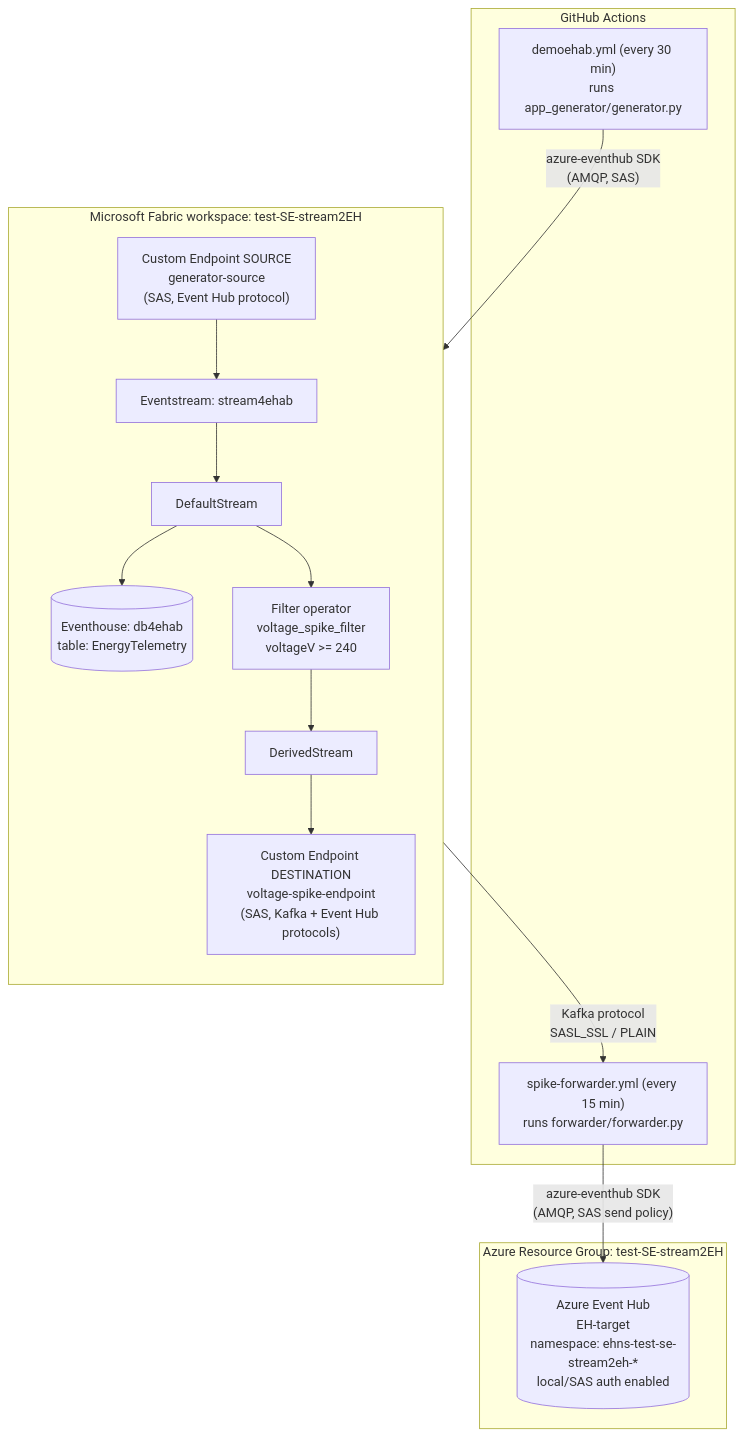
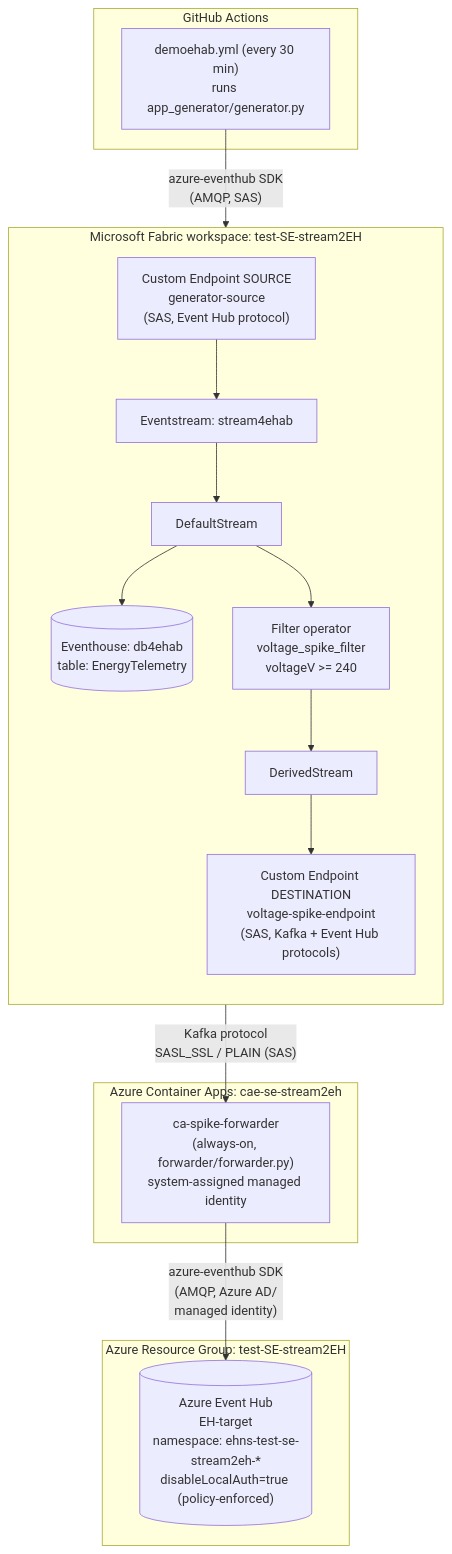
Before and after one commit to stpapaix/test-SE-stream2EH: the diagram in README.md, drawn with Mermaid. The commit also changed other lines of this file, not shown here.

Commit message:
Update README: document Container Apps forwarder with managed identity auth, remove GitHub Actions forwarder description

````diff
--- a/README.md
+++ b/README.md
@@ -16,30 +17,33 @@
 ```mermaid
 flowchart TB
     subgraph GH["GitHub Actions"]
         GEN["demoehab.yml (every 30 min)<br/>runs app_generator/generator.py"]
-        FWD["spike-forwarder.yml (every 15 min)<br/>runs forwarder/forwarder.py"]
     end
 
     subgraph FAB["Microsoft Fabric workspace: test-SE-stream2EH"]
         direction TB
         SRC["Custom Endpoint SOURCE<br/>generator-source<br/>(SAS, Event Hub protocol)"]
         ES["Eventstream: stream4ehab"]
         STREAM["DefaultStream"]
         FILTER["Filter operator<br/>voltage_spike_filter<br/>voltageV &gt;= 240"]
         DSTREAM["DerivedStream"]
         EH_HOUSE[("Eventhouse: db4ehab<br/>table: EnergyTelemetry")]
         DEST["Custom Endpoint DESTINATION<br/>voltage-spike-endpoint<br/>(SAS, Kafka + Event Hub protocols)"]
 
         SRC --> ES --> STREAM
         STREAM --> EH_HOUSE
         STREAM --> FILTER --> DSTREAM --> DEST
     end
 
+    subgraph ACA["Azure Container Apps: cae-se-stream2eh"]
+        CA["ca-spike-forwarder<br/>(always-on, forwarder/forwarder.py)<br/>system-assigned managed identity"]
+    end
+
     subgraph AZ["Azure Resource Group: test-SE-stream2EH"]
-        EHT[("Azure Event Hub<br/>EH-target<br/>namespace: ehns-test-se-stream2eh-*<br/>local/SAS auth enabled")]
+        EHT[("Azure Event Hub<br/>EH-target<br/>namespace: ehns-test-se-stream2eh-*<br/>disableLocalAuth=true (policy-enforced)")]
     end
 
     GEN -- "azure-eventhub SDK<br/>(AMQP, SAS)" --> SRC
-    DEST -- "Kafka protocol<br/>SASL_SSL / PLAIN" --> FWD
-    FWD -- "azure-eventhub SDK<br/>(AMQP, SAS send policy)" --> EHT
+    DEST -- "Kafka protocol<br/>SASL_SSL / PLAIN (SAS)" --> CA
+    CA -- "azure-eventhub SDK<br/>(AMQP, Azure AD/<br/>managed identity)" --> EHT
 ```
````
